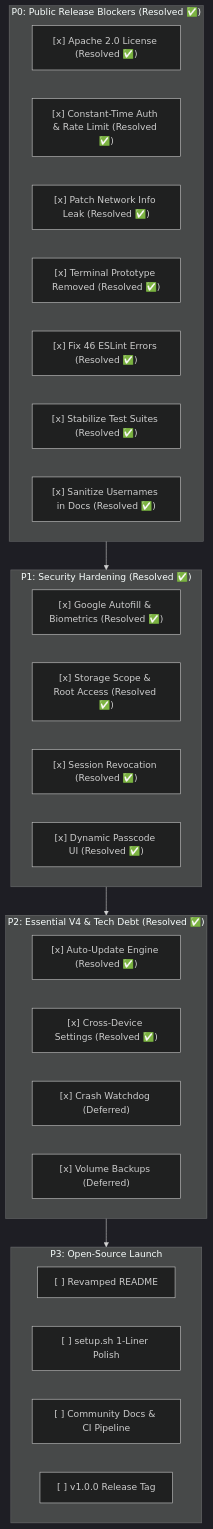
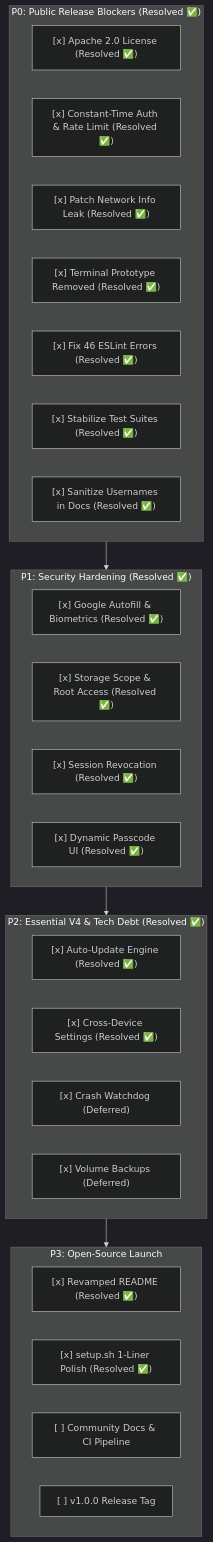
One commit to Cypher0071/Home_Cloud changed the diagram in docs/launch_changes.md. Above: the diagram before and after it, drawn with Mermaid (dark theme). The commit also changed other lines of this file and 7 other files, not shown here.

````diff
--- a/docs/launch_changes.md
+++ b/docs/launch_changes.md
@@ -392,37 +409,37 @@
 ```mermaid
 flowchart TD
     subgraph P0["P0: Public Release Blockers (Resolved ✅)"]
         L["[x] Apache 2.0 License (Resolved ✅)"]
         A["[x] Constant-Time Auth & Rate Limit (Resolved ✅)"]
         N["[x] Patch Network Info Leak (Resolved ✅)"]
         T["[x] Terminal Prototype Removed (Resolved ✅)"]
         E["[x] Fix 46 ESLint Errors (Resolved ✅)"]
         TS["[x] Stabilize Test Suites (Resolved ✅)"]
         S["[x] Sanitize Usernames in Docs (Resolved ✅)"]
     end
 
     subgraph P1["P1: Security Hardening (Resolved ✅)"]
         W["[x] Google Autofill & Biometrics (Resolved ✅)"]
         J["[x] Storage Scope & Root Access (Resolved ✅)"]
         R["[x] Session Revocation (Resolved ✅)"]
         P["[x] Dynamic Passcode UI (Resolved ✅)"]
     end
 
     subgraph P2["P2: Essential V4 & Tech Debt (Resolved ✅)"]
         AU["[x] Auto-Update Engine (Resolved ✅)"]
         SP["[x] Cross-Device Settings (Resolved ✅)"]
         CW["[x] Crash Watchdog (Deferred)"]
         BK["[x] Volume Backups (Deferred)"]
     end
 
     subgraph P3["P3: Open-Source Launch"]
-        RM["[ ] Revamped README"]
-        ST["[ ] setup.sh 1-Liner Polish"]
+        RM["[x] Revamped README (Resolved ✅)"]
+        ST["[x] setup.sh 1-Liner Polish (Resolved ✅)"]
         GH["[ ] Community Docs & CI Pipeline"]
         REL["[ ] v1.0.0 Release Tag"]
     end
 
     P0 --> P1
     P1 --> P2
     P2 --> P3
 ```
````
